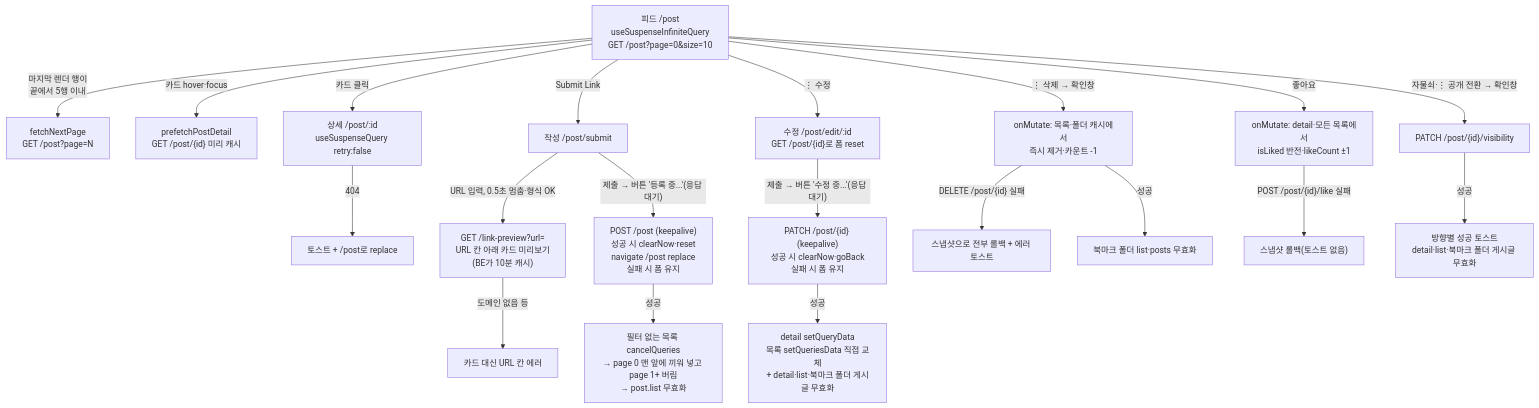
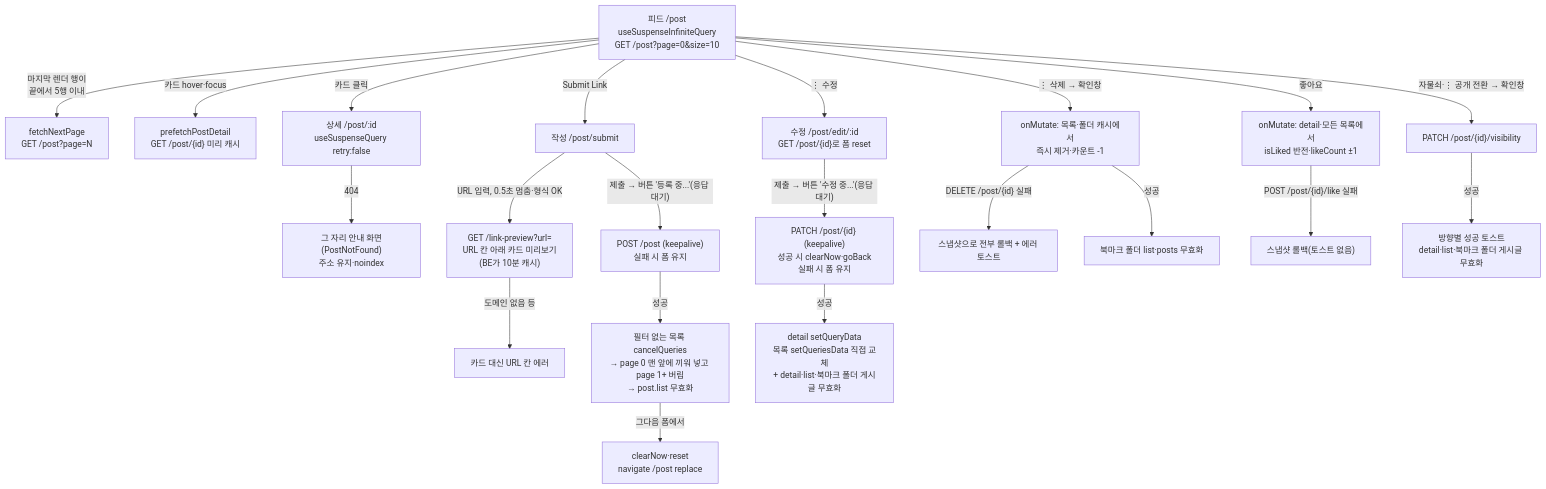
Before and after one commit to BAECHAN/link-sphere_FE_NEW: the diagram in docs/POST.md, drawn with Mermaid. The commit also changed other lines of this file and 43 other files, not shown here.

````diff
--- a/docs/POST.md
+++ b/docs/POST.md
@@ -38,27 +38,28 @@
 ```mermaid
 flowchart TD
   Feed["피드 /post<br/>useSuspenseInfiniteQuery<br/>GET /post?page=0&size=10"] -->|"마지막 렌더 행이<br/>끝에서 5행 이내"| Next["fetchNextPage<br/>GET /post?page=N"]
   Feed -->|"카드 hover·focus"| Prefetch["prefetchPostDetail<br/>GET /post/{id} 미리 캐시"]
   Feed -->|"카드 클릭"| Detail["상세 /post/:id<br/>useSuspenseQuery retry:false"]
-  Detail -->|"404"| NotFound["토스트 + /post로 replace"]
+  Detail -->|"404"| NotFound["그 자리 안내 화면(PostNotFound)<br/>주소 유지·noindex"]
 
   Feed -->|"Submit Link"| Create["작성 /post/submit"]
   Create -->|"URL 입력, 0.5초 멈춤·형식 OK"| Preview["GET /link-preview?url=<br/>URL 칸 아래 카드 미리보기<br/>(BE가 10분 캐시)"]
   Preview -->|"도메인 없음 등"| PreviewErr["카드 대신 URL 칸 에러"]
-  Create -->|"제출 → 버튼 '등록 중...'(응답 대기)"| CreateReq["POST /post (keepalive)<br/>성공 시 clearNow·reset<br/>navigate /post replace<br/>실패 시 폼 유지"]
+  Create -->|"제출 → 버튼 '등록 중...'(응답 대기)"| CreateReq["POST /post (keepalive)<br/>실패 시 폼 유지"]
   CreateReq -->|"성공"| CreateOk["필터 없는 목록 cancelQueries<br/>→ page 0 맨 앞에 끼워 넣고 page 1+ 버림<br/>→ post.list 무효화"]
+  CreateOk -->|"그다음 폼에서"| CreateNav["clearNow·reset<br/>navigate /post replace"]
 
   Feed -->|"⋮ 수정"| Edit["수정 /post/edit/:id<br/>GET /post/{id}로 폼 reset"]
   Edit -->|"제출 → 버튼 '수정 중...'(응답 대기)"| EditReq["PATCH /post/{id} (keepalive)<br/>성공 시 clearNow·goBack<br/>실패 시 폼 유지"]
   EditReq -->|"성공"| EditOk["detail setQueryData<br/>목록 setQueriesData 직접 교체<br/>+ detail·list·북마크 폴더 게시글 무효화"]
 
   Feed -->|"⋮ 삭제 → 확인창"| Del["onMutate: 목록·폴더 캐시에서<br/>즉시 제거·카운트 -1"]
   Del -->|"DELETE /post/{id} 실패"| DelRollback["스냅샷으로 전부 롤백 + 에러 토스트"]
   Del -->|"성공"| DelOk["북마크 폴더 list·posts 무효화"]
 
   Feed -->|"좋아요"| Like["onMutate: detail·모든 목록에서<br/>isLiked 반전·likeCount ±1"]
   Like -->|"POST /post/{id}/like 실패"| LikeRollback["스냅샷 롤백(토스트 없음)"]
 
   Feed -->|"자물쇠·⋮ 공개 전환 → 확인창"| Vis["PATCH /post/{id}/visibility"]
   Vis -->|"성공"| VisOk["방향별 성공 토스트<br/>detail·list·북마크 폴더 게시글 무효화"]
 ```
````
